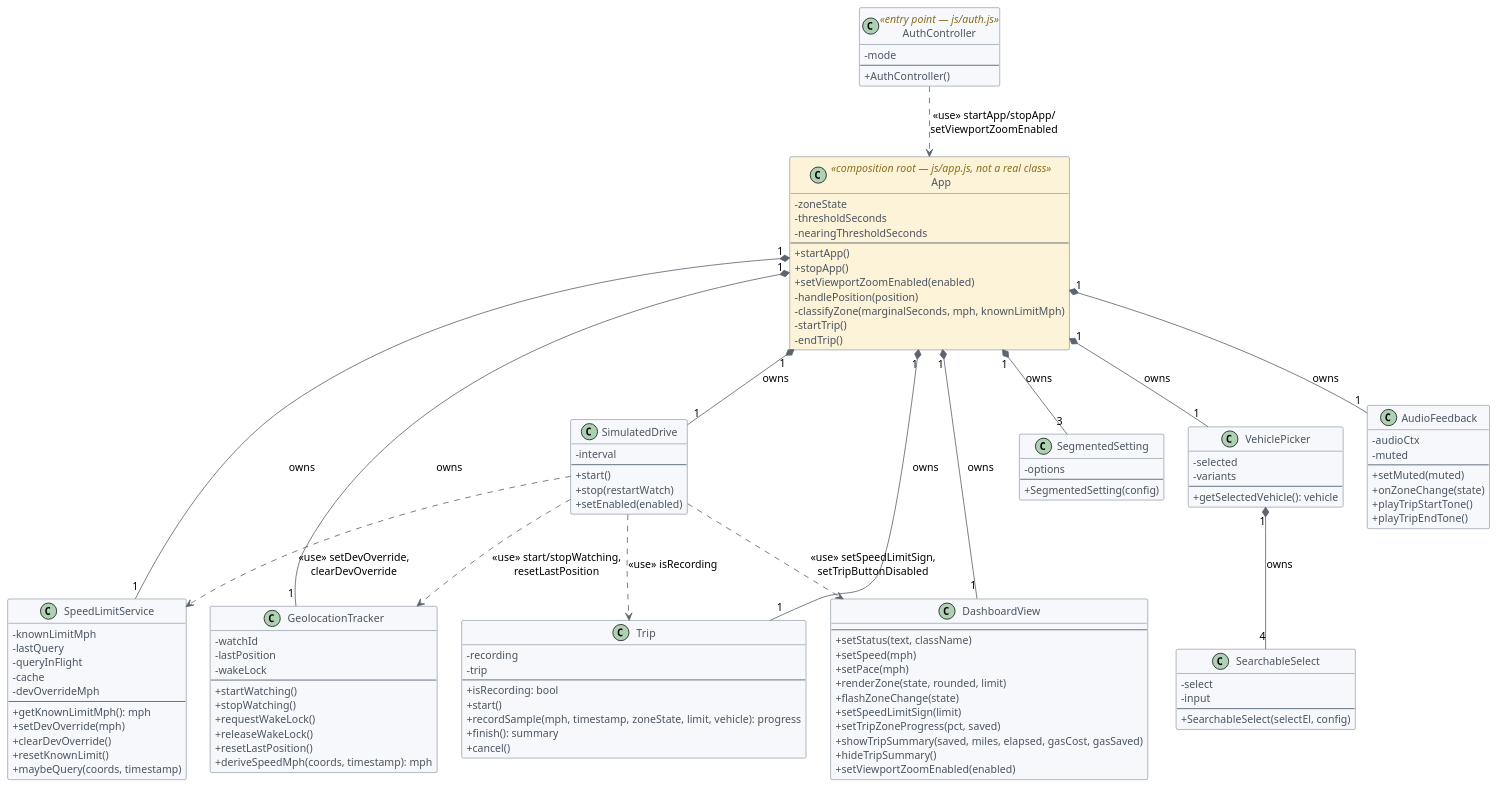
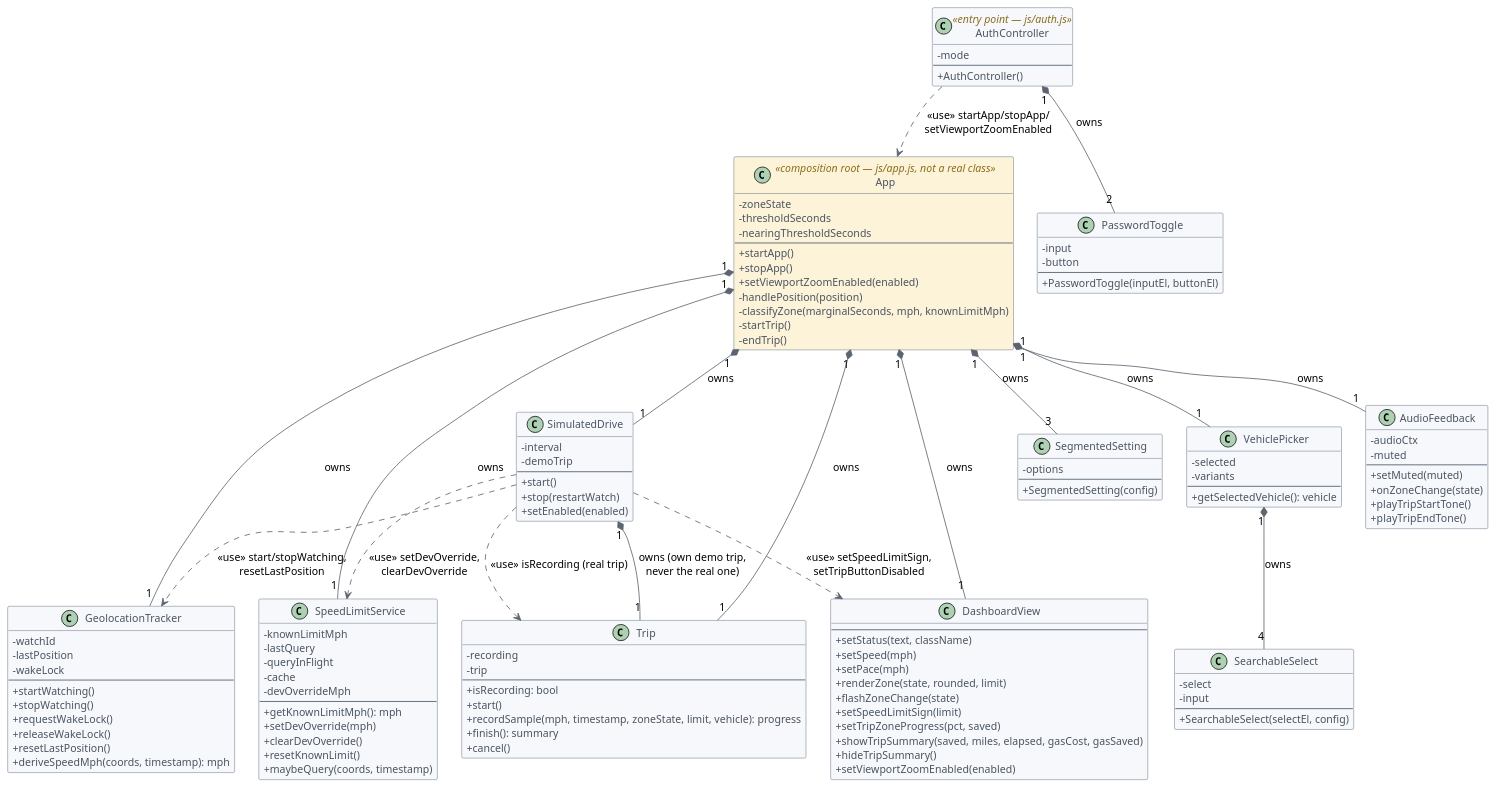
Before and after one commit to ysfrknzydn/paceometer-app: the diagram in docs/diagrams/class-diagram.puml, drawn with PlantUML. The commit also changed 30 other files, not shown here.

Commit message:
Add self-serve password reset, redesign the auth screen and speed-limit sign, and give simulated drives their own trip flow, backed by a new Playwright test suite.

```diff
--- a/docs/diagrams/class-diagram.puml
+++ b/docs/diagrams/class-diagram.puml
@@ -1,146 +1,156 @@
 @startuml
 skinparam shadowing false
 skinparam roundCorner 4
 skinparam defaultFontName Helvetica
 skinparam defaultFontSize 13
 skinparam classAttributeIconSize 0
 skinparam nodesep 30
 skinparam ranksep 50
 
 skinparam class {
   BorderColor #445566
   BackgroundColor #F7F8FC
   ArrowColor #5B6470
   FontColor #2A3540
   AttributeFontColor #4A5460
   StereotypeFontColor #8A6D1E
 }
 
 class AuthController <<entry point — js/auth.js>> {
   - mode
   --
   + AuthController()
 }
 
 class App <<composition root — js/app.js, not a real class>> #FDF3D8 {
   - zoneState
   - thresholdSeconds
   - nearingThresholdSeconds
   --
   + startApp()
   + stopApp()
   + setViewportZoomEnabled(enabled)
   - handlePosition(position)
   - classifyZone(marginalSeconds, mph, knownLimitMph)
   - startTrip()
   - endTrip()
 }
 
 class GeolocationTracker {
   - watchId
   - lastPosition
   - wakeLock
   --
   + startWatching()
   + stopWatching()
   + requestWakeLock()
   + releaseWakeLock()
   + resetLastPosition()
   + deriveSpeedMph(coords, timestamp): mph
 }
 
 class SpeedLimitService {
   - knownLimitMph
   - lastQuery
   - queryInFlight
   - cache
   - devOverrideMph
   --
   + getKnownLimitMph(): mph
   + setDevOverride(mph)
   + clearDevOverride()
   + resetKnownLimit()
   + maybeQuery(coords, timestamp)
 }
 
 class Trip {
   - recording
   - trip
   --
   + isRecording: bool
   + start()
   + recordSample(mph, timestamp, zoneState, limit, vehicle): progress
   + finish(): summary
   + cancel()
 }
 
 class DashboardView {
   --
   + setStatus(text, className)
   + setSpeed(mph)
   + setPace(mph)
   + renderZone(state, rounded, limit)
   + flashZoneChange(state)
   + setSpeedLimitSign(limit)
   + setTripZoneProgress(pct, saved)
   + showTripSummary(saved, miles, elapsed, gasCost, gasSaved)
   + hideTripSummary()
   + setViewportZoomEnabled(enabled)
 }
 
 class SegmentedSetting {
   - options
   --
   + SegmentedSetting(config)
 }
 
 class VehiclePicker {
   - selected
   - variants
   --
   + getSelectedVehicle(): vehicle
 }
 
 class SearchableSelect {
   - select
   - input
   --
   + SearchableSelect(selectEl, config)
 }
 
+class PasswordToggle {
+  - input
+  - button
+  --
+  + PasswordToggle(inputEl, buttonEl)
+}
+
 class AudioFeedback {
   - audioCtx
   - muted
   --
   + setMuted(muted)
   + onZoneChange(state)
   + playTripStartTone()
   + playTripEndTone()
 }
 
 class SimulatedDrive {
   - interval
+  - demoTrip
   --
   + start()
   + stop(restartWatch)
   + setEnabled(enabled)
 }
 
 AuthController ..> App : «use» startApp/stopApp/\nsetViewportZoomEnabled
+AuthController "1" *-down- "2" PasswordToggle : owns
 
 App "1" *-down- "1" GeolocationTracker : owns
 App "1" *-down- "1" SpeedLimitService : owns
 App "1" *-down- "1" Trip : owns
 App "1" *-down- "1" DashboardView : owns
 App "1" *-down- "3" SegmentedSetting : owns
 App "1" *-down- "1" VehiclePicker : owns
 VehiclePicker "1" *-down- "4" SearchableSelect : owns
 App "1" *-down- "1" AudioFeedback : owns
 App "1" *-down- "1" SimulatedDrive : owns
 
 SimulatedDrive ..> GeolocationTracker : «use» start/stopWatching,\nresetLastPosition
 SimulatedDrive ..> SpeedLimitService : «use» setDevOverride,\nclearDevOverride
 SimulatedDrive ..> DashboardView : «use» setSpeedLimitSign,\nsetTripButtonDisabled
-SimulatedDrive ..> Trip : «use» isRecording
+SimulatedDrive ..> Trip : «use» isRecording (real trip)
+SimulatedDrive "1" *-down- "1" Trip : owns (own demo trip,\nnever the real one)
 
 @enduml
```
